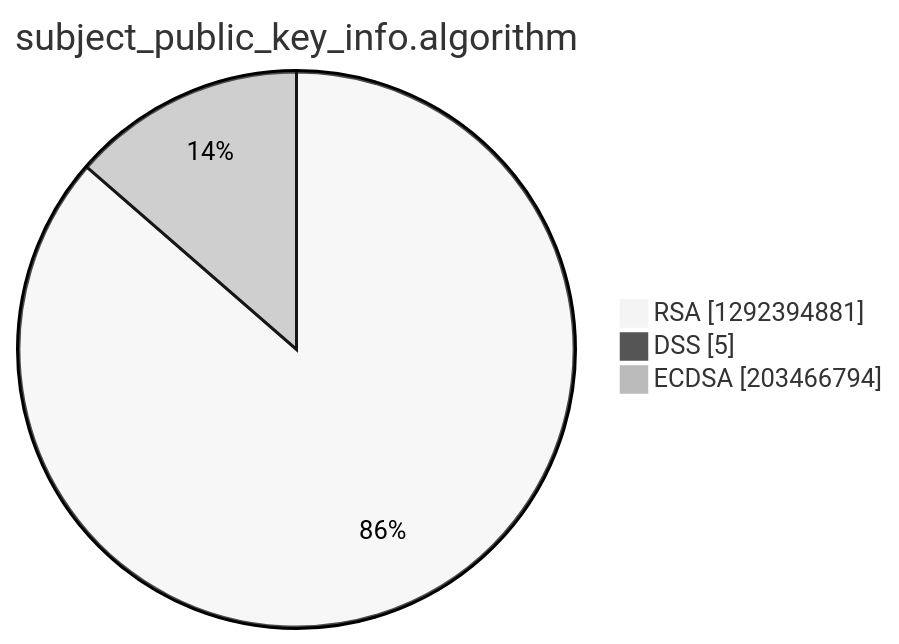
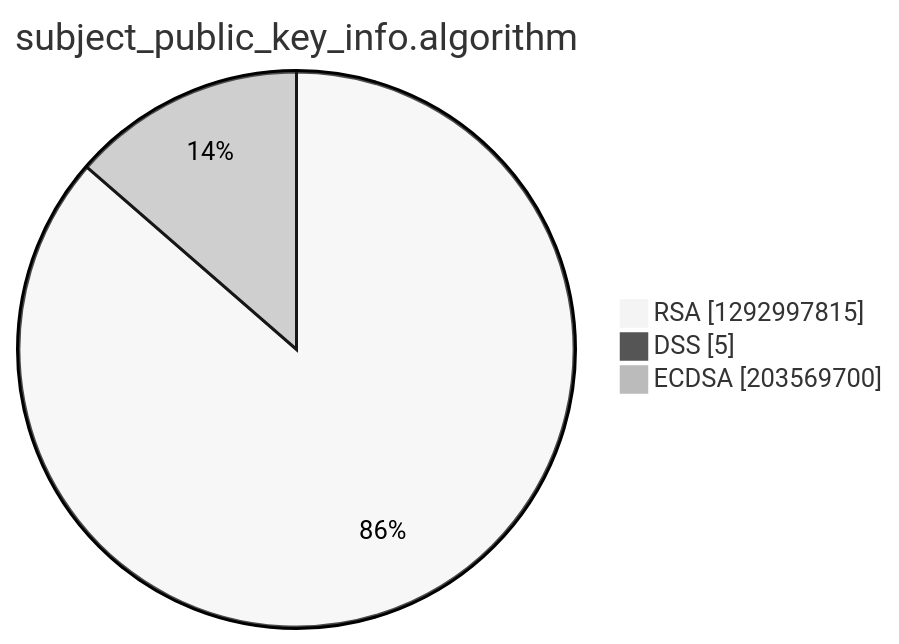
Before and after one commit to christiankrug/ctmonitor_visualization: the third of 15 diagrams in argon2022/README.md, drawn with Mermaid (neutral theme). The commit also changed other lines of this file, not shown here.

````diff
--- a/argon2022/README.md
+++ b/argon2022/README.md
@@ -14,7 +14,7 @@
 ```mermaid
 pie showData
 title subject_public_key_info.algorithm
-"RSA" :1292394881
+"RSA" :1292997815
 "DSS" :5
-"ECDSA" :203466794
+"ECDSA" :203569700
 ```
````
